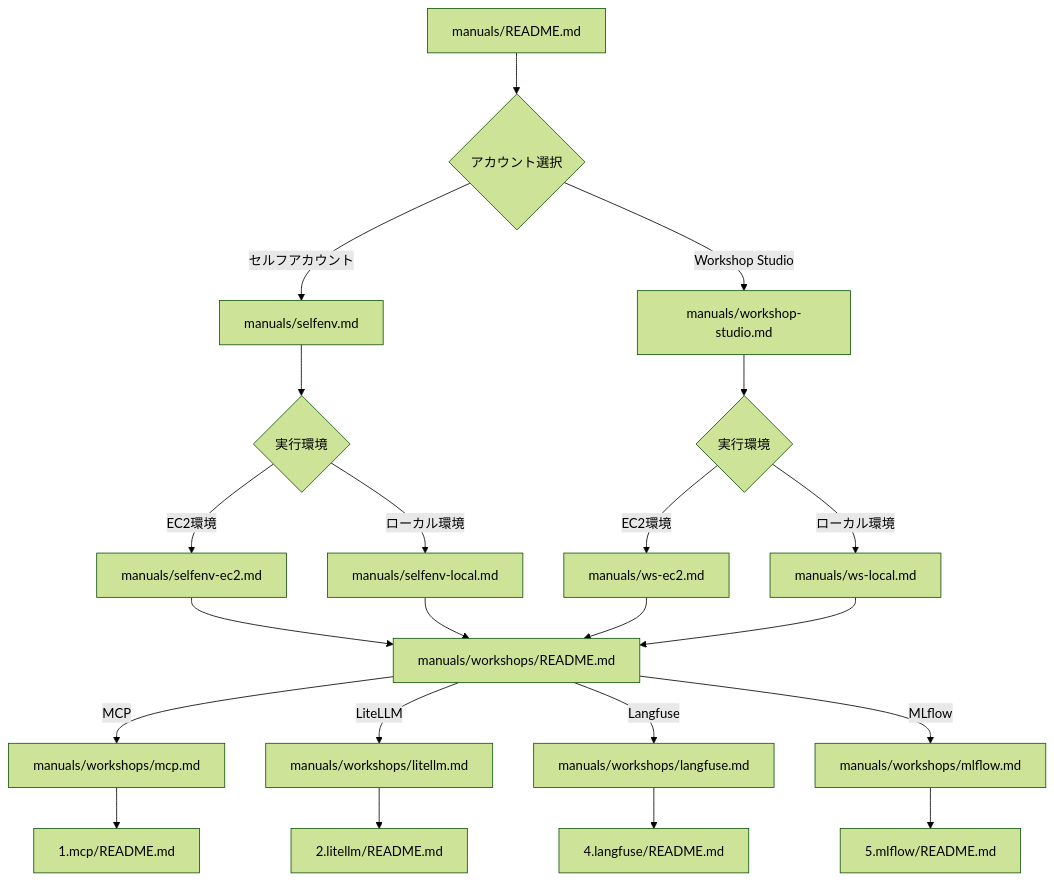
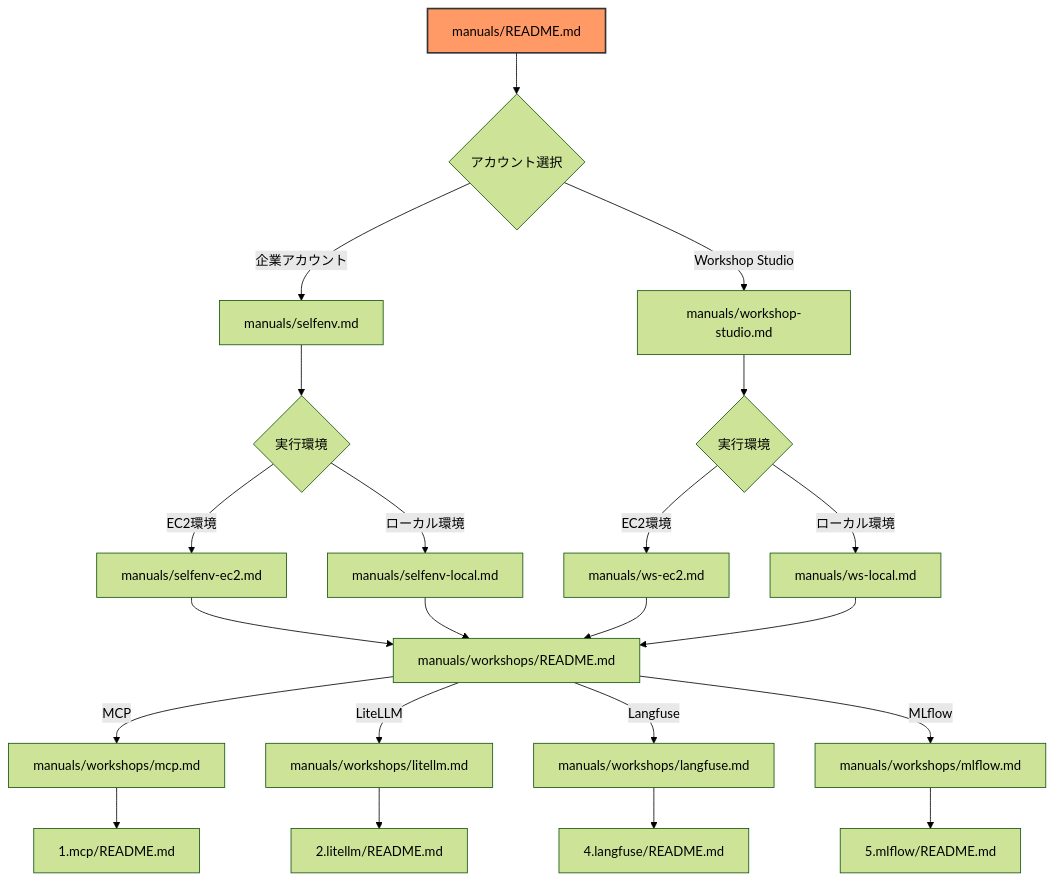
Before and after one commit to littlemex/aws-samples: the first of 2 diagrams in workshops/ai-coding-workshop/cline/manuals/README.md, drawn with Mermaid (forest theme). The commit also changed other lines of this file, not shown here.

Commit message:
manuals/README.md, mermaid url mod

````diff
--- a/workshops/ai-coding-workshop/cline/manuals/README.md
+++ b/workshops/ai-coding-workshop/cline/manuals/README.md
@@ -27,42 +7,48 @@
 ```mermaid
 flowchart TD
     A[manuals/README.md] --> B{アカウント選択}
-    B -->|セルフアカウント| C[manuals/selfenv.md]
+    B -->|企業アカウント| C[manuals/selfenv.md]
     B -->|Workshop Studio| D[manuals/workshop-studio.md]
     
     C --> E{実行環境}
     D --> F{実行環境}
     
     E -->|EC2環境| G[manuals/selfenv-ec2.md]
     E -->|ローカル環境| H[manuals/selfenv-local.md]
     
     F -->|EC2環境| I[manuals/ws-ec2.md]
     F -->|ローカル環境| J[manuals/ws-local.md]
     
     G --> K[manuals/workshops/README.md]
     H --> K
     I --> K
     J --> K
     
     K -->|MCP| L[manuals/workshops/mcp.md]
     K -->|LiteLLM| M[manuals/workshops/litellm.md]
     K -->|Langfuse| N[manuals/workshops/langfuse.md]
     K -->|MLflow| O[manuals/workshops/mlflow.md]
     
     L --> P[1.mcp/README.md]
     M --> Q[2.litellm/README.md]
     N --> R[4.langfuse/README.md]
     O --> S[5.mlflow/README.md]
 
-    click C href "https://github.com/littlemex/aws-samples/tree/feature/issue-53/workshops/ai-coding-workshop/cline/manuals/selfenv.md"
-    click D href "https://github.com/littlemex/aws-samples/tree/feature/issue-53/workshops/ai-coding-workshop/cline/manuals/workshop-studio.md"
-    click G href "https://github.com/littlemex/aws-samples/tree/feature/issue-53/workshops/ai-coding-workshop/cline/manuals/selfenv-ec2.md"
-    click H href "https://github.com/littlemex/aws-samples/tree/feature/issue-53/workshops/ai-coding-workshop/cline/manuals/selfenv-local.md"
-    click I href "https://github.com/littlemex/aws-samples/tree/feature/issue-53/workshops/ai-coding-workshop/cline/manuals/ws-ec2.md"
-    click J href "https://github.com/littlemex/aws-samples/tree/feature/issue-53/workshops/ai-coding-workshop/cline/manuals/ws-local.md"
-    click K href "https://github.com/littlemex/aws-samples/tree/feature/issue-53/workshops/ai-coding-workshop/cline/manuals/workshops/README.md"
-    click L href "https://github.com/littlemex/aws-samples/tree/feature/issue-53/workshops/ai-coding-workshop/cline/manuals/workshops/mcp.md"
-    click M href "https://github.com/littlemex/aws-samples/tree/feature/issue-53/workshops/ai-coding-workshop/cline/manuals/workshops/litellm.md"
-    click N href "https://github.com/littlemex/aws-samples/tree/feature/issue-53/workshops/ai-coding-workshop/cline/manuals/workshops/langfuse.md"
-    click O href "https://github.com/littlemex/aws-samples/tree/feature/issue-53/workshops/ai-coding-workshop/cline/manuals/workshops/mlflow.md"
+    click C href "./selfenv.md"
+    click D href "./workshop-studio.md"
+    click G href "./selfenv-ec2.md"
+    click H href "./selfenv-local.md"
+    click I href "./ws-ec2.md"
+    click J href "./ws-local.md"
+    click K href "./workshops/README.md"
+    click L href "./workshops/mcp.md"
+    click M href "./workshops/litellm.md"
+    click N href "./workshops/langfuse.md"
+    click O href "./workshops/mlflow.md"
+    click P href "../1.mcp/README.md"
+    click Q href "../2.litellm/README.md"
+    click R href "../4.langfuse/README.md"
+    click S href "../5.mlflow/README.md"
+
+    style A fill:#f96,stroke:#333,stroke-width:2px
 ```
````
